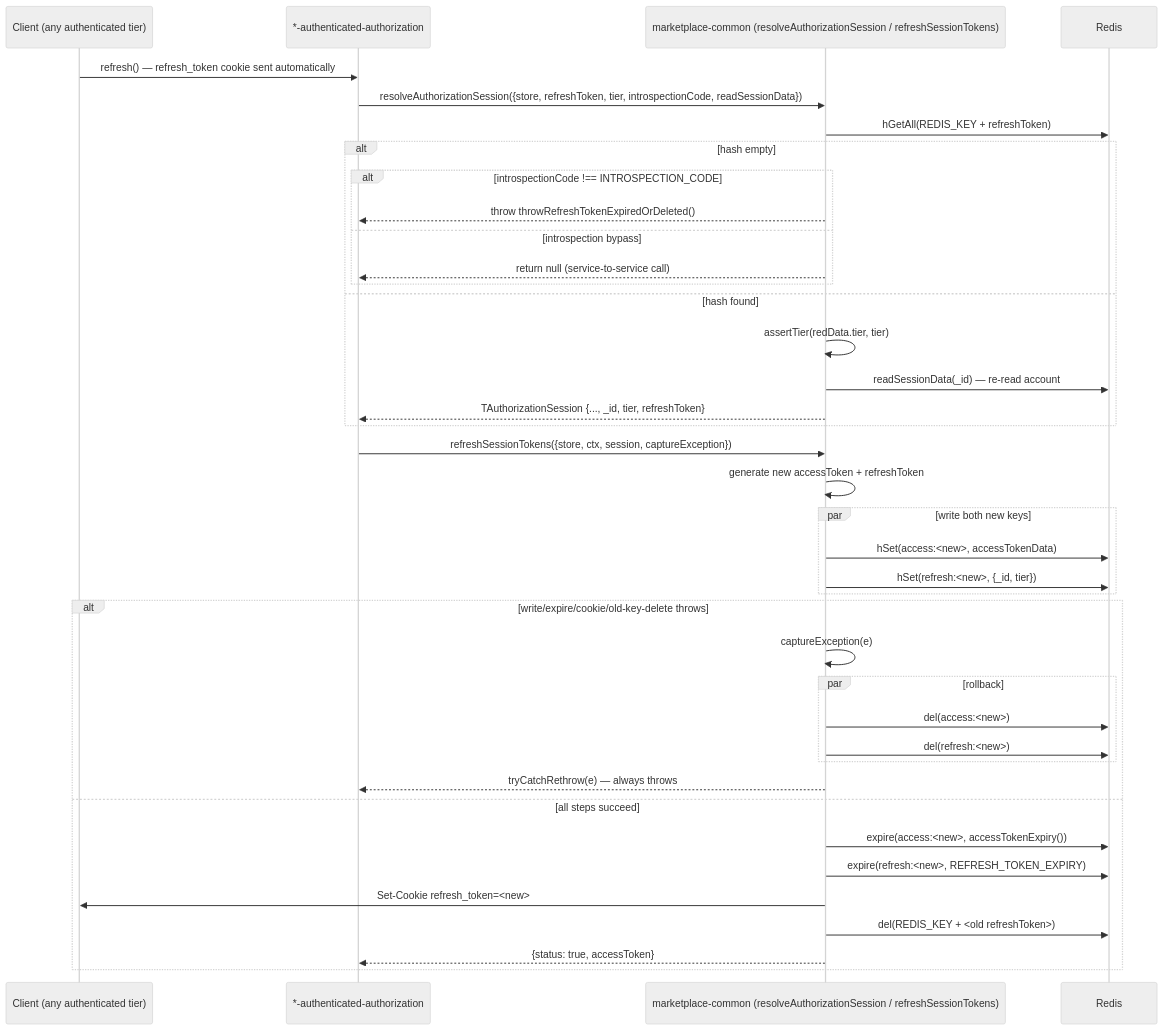
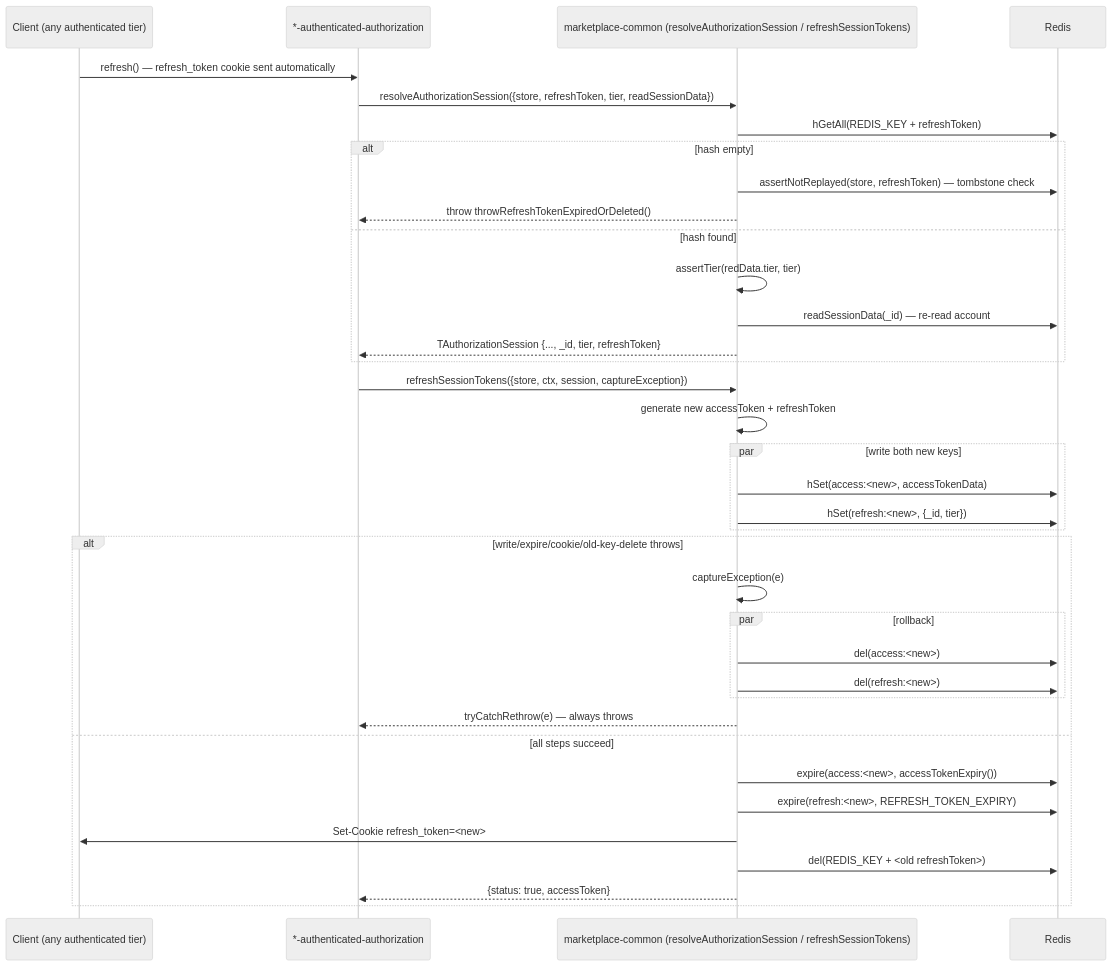
Before and after one commit to Axiumine/fullstack-marketplace-blueprint: the second of 7 diagrams in docs/devprotocol/phase5/SEQUENCE_DIAGRAMS.md, drawn with Mermaid (neutral theme). The commit also changed 37 other files, not shown here.

````diff
--- a/docs/devprotocol/phase5/SEQUENCE_DIAGRAMS.md
+++ b/docs/devprotocol/phase5/SEQUENCE_DIAGRAMS.md
@@ -248,43 +248,40 @@
 ```mermaid
 sequenceDiagram
     participant C as Client (any authenticated tier)
     participant Authz as *-authenticated-authorization
     participant Common as marketplace-common (resolveAuthorizationSession / refreshSessionTokens)
     participant Redis
 
     C->>Authz: refresh() — refresh_token cookie sent automatically
-    Authz->>Common: resolveAuthorizationSession({store, refreshToken, tier, introspectionCode, readSessionData})
+    Authz->>Common: resolveAuthorizationSession({store, refreshToken, tier, readSessionData})
     Common->>Redis: hGetAll(REDIS_KEY + refreshToken)
     alt hash empty
-        alt introspectionCode !== INTROSPECTION_CODE
-            Common-->>Authz: throw throwRefreshTokenExpiredOrDeleted()
-        else introspection bypass
-            Common-->>Authz: return null (service-to-service call)
-        end
+        Common->>Redis: assertNotReplayed(store, refreshToken) — tombstone check
+        Common-->>Authz: throw throwRefreshTokenExpiredOrDeleted()
     else hash found
         Common->>Common: assertTier(redData.tier, tier)
         Common->>Redis: readSessionData(_id) — re-read account
         Common-->>Authz: TAuthorizationSession {..., _id, tier, refreshToken}
     end
 
     Authz->>Common: refreshSessionTokens({store, ctx, session, captureException})
     Common->>Common: generate new accessToken + refreshToken
     par write both new keys
         Common->>Redis: hSet(access:<new>, accessTokenData)
         Common->>Redis: hSet(refresh:<new>, {_id, tier})
     end
     alt write/expire/cookie/old-key-delete throws
         Common->>Common: captureException(e)
         par rollback
             Common->>Redis: del(access:<new>)
             Common->>Redis: del(refresh:<new>)
         end
         Common-->>Authz: tryCatchRethrow(e) — always throws
     else all steps succeed
         Common->>Redis: expire(access:<new>, accessTokenExpiry())
         Common->>Redis: expire(refresh:<new>, REFRESH_TOKEN_EXPIRY)
         Common->>C: Set-Cookie refresh_token=<new>
         Common->>Redis: del(REDIS_KEY + <old refreshToken>)
         Common-->>Authz: {status: true, accessToken}
     end
 ```
````
